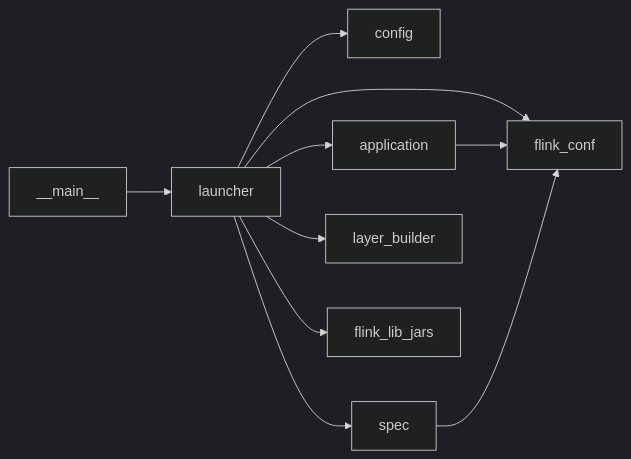
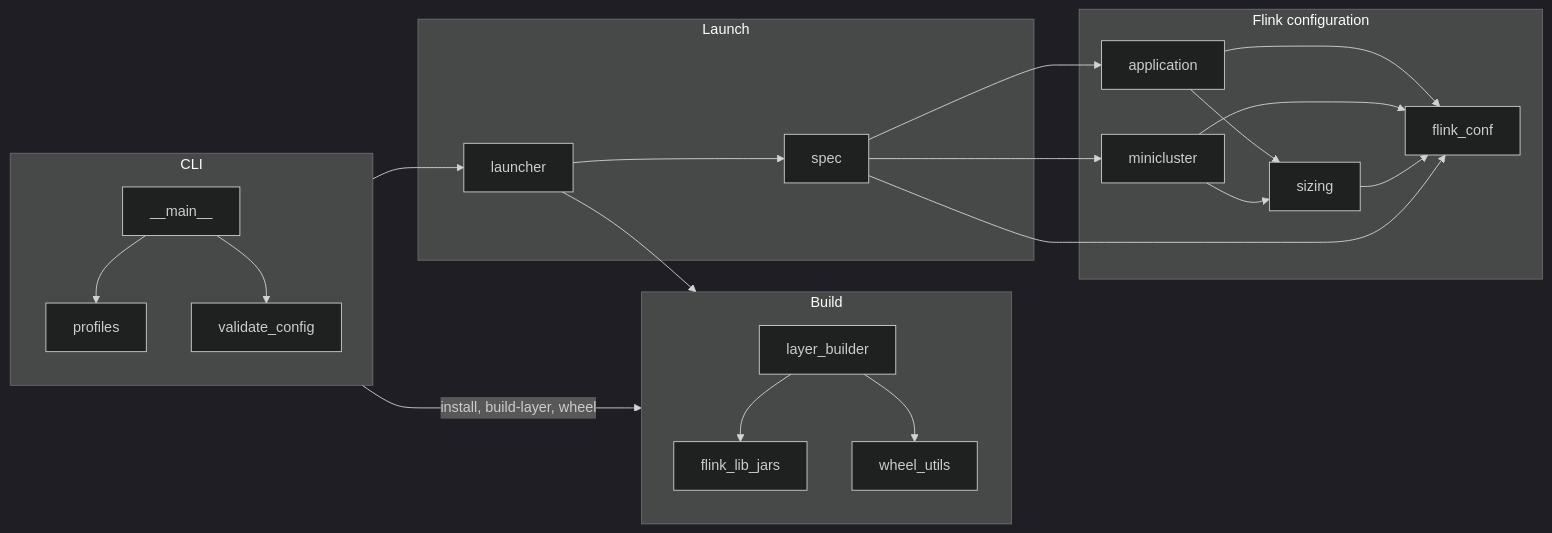
One commit to ytsaurus/ytsaurus-flyt changed the third of 3 diagrams in python/ARCHITECTURE.md. Above: the diagram before and after it, drawn with Mermaid (dark theme). The commit also changed other lines of this file and 39 other files, not shown here.

First line of the commit message:
feat(python): Remove presets and add Flink configuration and memory sizing for both cluster modes (#84)

````diff
--- a/python/ARCHITECTURE.md
+++ b/python/ARCHITECTURE.md
@@ -91,12 +90,25 @@
 ```mermaid
 graph LR
-    m[__main__] --> L[launcher]
-    L --> cfg[config]
-    L --> app[application]
-    L --> fc[flink_conf]
-    L --> sp[spec]
-    app --> fc
-    sp --> fc
-    L --> lb[layer_builder]
-    L --> jlib[flink_lib_jars]
+    subgraph cli[CLI]
+        direction TB
+        m[__main__] --> pr[profiles]
+        m --> vc[validate_config]
+    end
+    subgraph build[Build]
+        lb[layer_builder] --> jlib[flink_lib_jars]
+        lb --> wu[wheel_utils]
+    end
+    subgraph conf[Flink configuration]
+        app[application] --> sz[sizing]
+        mc[minicluster] --> sz
+        app & mc & sz --> fc[flink_conf]
+    end
+    subgraph launch[Launch]
+        L[launcher] --> sp[spec]
+    end
+    cli --> L
+    sp --> app & mc & fc
+    cli -- install, build-layer, wheel --> build
+    L --> build
+
 ```
````
